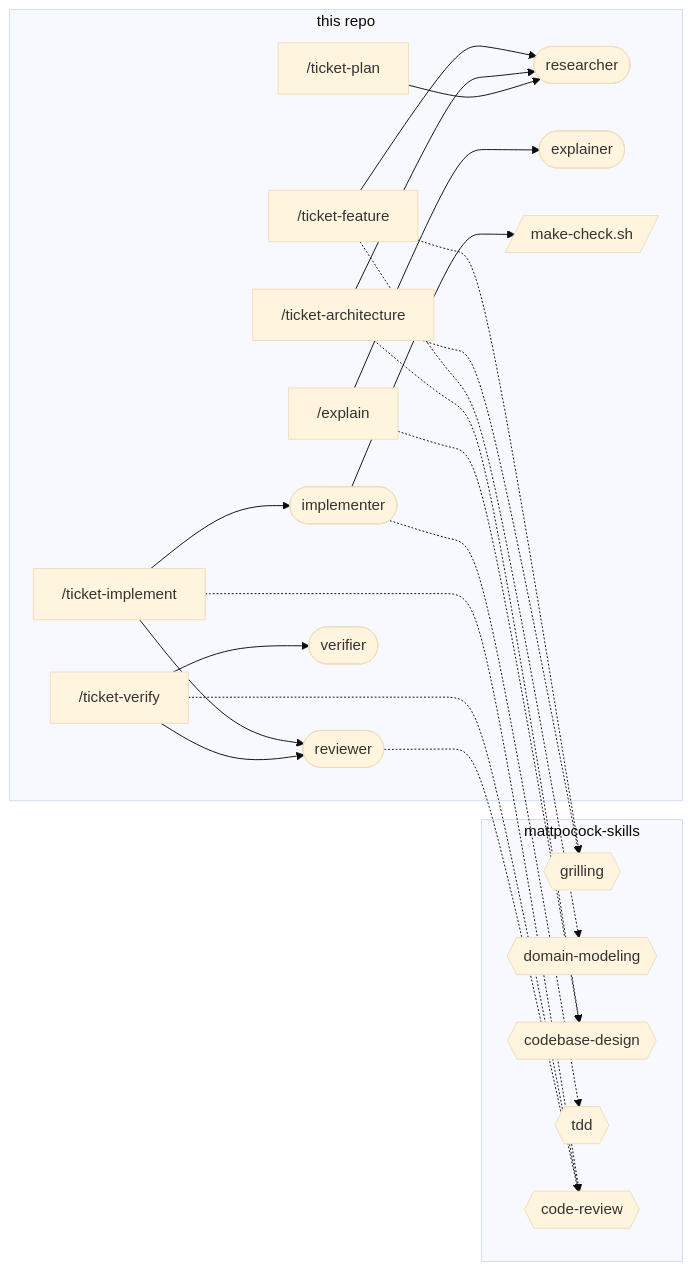
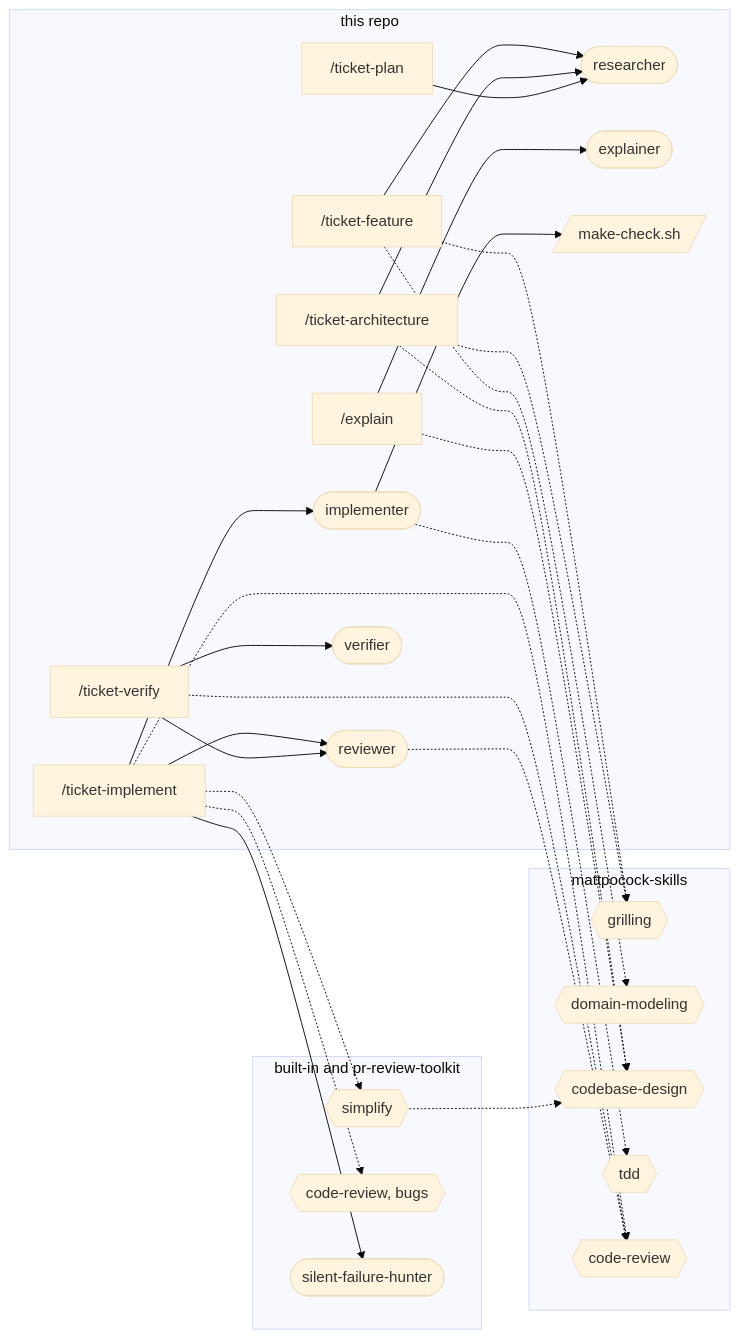
The second of 3 diagrams in docs/knowledge/sdd.md (khotei/app-template), drawn with Mermaid (base theme) before and after one commit. The commit also changed other lines of this file and 1 other file, not shown here.

First line of the commit message:
:memo: docs(sdd): Simplify and hunt bugs on behaviour steps

````diff
--- a/docs/knowledge/sdd.md
+++ b/docs/knowledge/sdd.md
@@ -74,38 +74,45 @@
 ```mermaid
 graph LR
   subgraph ours [this repo]
     feature["/ticket-feature"]
     arch["/ticket-architecture"]
     plan["/ticket-plan"]
     impl["/ticket-implement"]
     verify["/ticket-verify"]
     explain["/explain"]
     researcher([researcher])
     implementer([implementer])
     reviewer([reviewer])
     verifier([verifier])
     explainer([explainer])
     hook[/make-check.sh/]
   end
   subgraph plugin [mattpocock-skills]
     grilling{{grilling}}
     modeling{{domain-modeling}}
     design{{codebase-design}}
     tdd{{tdd}}
     review{{code-review}}
   end
+  subgraph builtin [built-in and pr-review-toolkit]
+    simplify{{simplify}}
+    bugs{{code-review, bugs}}
+    hunter([silent-failure-hunter])
+  end
   feature -.-> grilling & modeling
   feature --> researcher
   arch -.-> design & grilling
   arch --> researcher
   plan --> researcher
   impl --> implementer & reviewer
-  impl -.-> review
+  impl -.-> review & simplify & bugs
+  simplify -.-> design
+  impl --> hunter
   implementer -.-> tdd
   implementer --> hook
   verify --> verifier & reviewer
   verify -.-> review
   reviewer -.-> review
   explain --> explainer
   explain -.-> design
 ```
````
